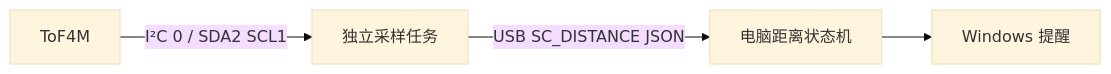
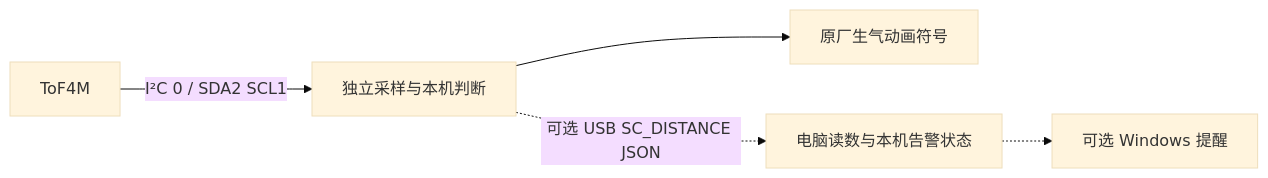
One commit to hana-alice/Botifier changed the diagram in README.md. Above: the diagram before and after it, drawn with Mermaid (base theme). The commit also changed other lines of this file and 6 other files, not shown here.

````diff
--- a/README.md
+++ b/README.md
@@ -21,6 +23,7 @@
 ```mermaid
 flowchart LR
-  ToF[ToF4M] -->|I²C 0 / SDA2 SCL1| FW[独立采样任务]
-  FW -->|USB SC_DISTANCE JSON| PC[电脑距离状态机]
-  PC --> Notify[Windows 提醒]
+  ToF[ToF4M] -->|I²C 0 / SDA2 SCL1| FW[独立采样与本机判断]
+  FW --> Face[原厂生气动画符号]
+  FW -.->|可选 USB SC_DISTANCE JSON| PC[电脑读数与本机告警状态]
+  PC -.-> Notify[可选 Windows 提醒]
 ```
````
